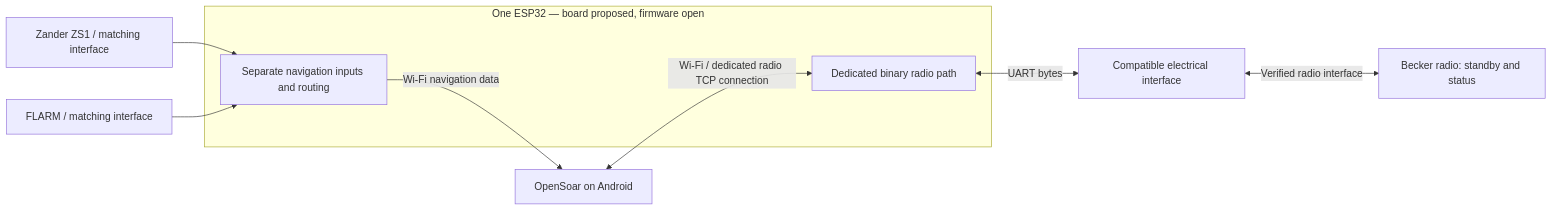
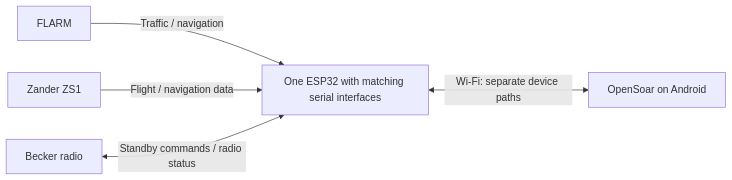
The diagram in README.md (MomoRC-tech/Becker-AR6201-to-OpenSoar), drawn with Mermaid before and after one commit. The commit also changed other lines of this file and 4 other files, not shown here.

````diff
--- a/README.md
+++ b/README.md
@@ -20,13 +17,7 @@
 ```mermaid
 flowchart LR
-    Zander["Zander ZS1 / matching interface"] --> Nav
-    FLARM["FLARM / matching interface"] --> Nav
-    subgraph ESP["One ESP32 — board proposed, firmware open"]
-        Nav["Separate navigation inputs and routing"]
-        Radio["Dedicated binary radio path"]
-    end
-    Nav -->|Wi-Fi navigation data| App["OpenSoar on Android"]
-    App <-->|Wi-Fi / dedicated radio TCP connection| Radio
-    Radio <-->|UART bytes| Interface["Compatible electrical interface"]
-    Interface <-->|Verified radio interface| Becker["Becker radio: standby and status"]
+    F["FLARM"] -->|Traffic / navigation| E
+    Z["Zander ZS1"] -->|Flight / navigation data| E
+    B["Becker radio"] <-->|Standby commands / radio status| E
+    E["One ESP32 with matching serial interfaces"] <-->|Wi-Fi: separate device paths| O["OpenSoar on Android"]
 ```
````
